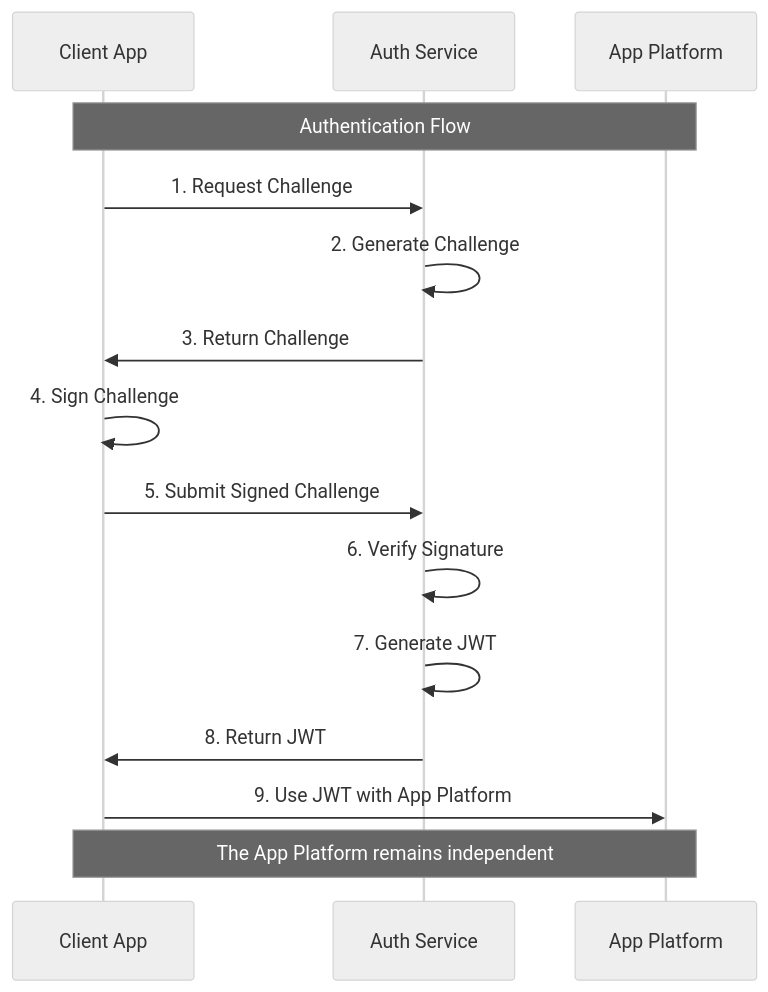
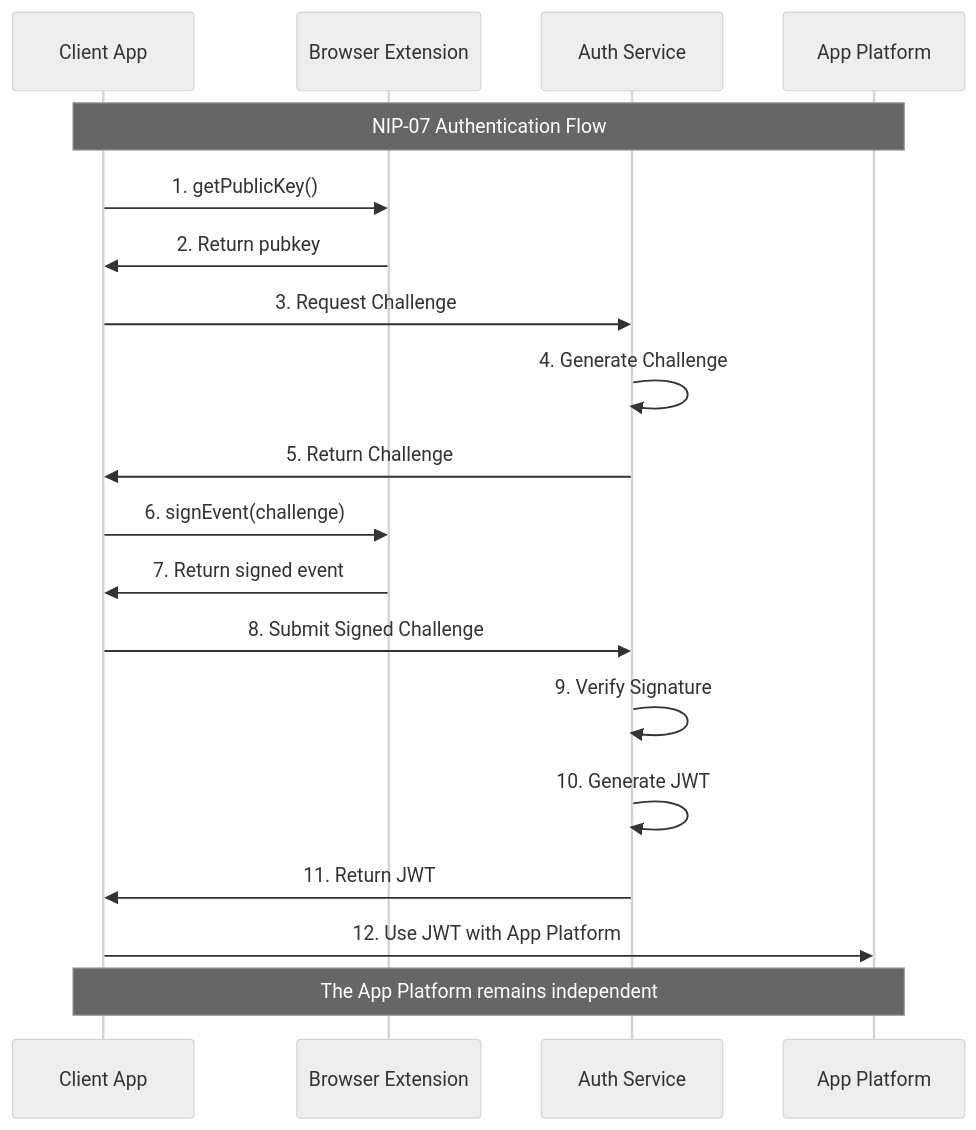
Before and after one commit to HumanjavaEnterprises/nostr-auth-middleware: the first of 3 diagrams in docs/authentication-flow.md, drawn with Mermaid (neutral theme). The commit also changed other lines of this file and 18 other files, not shown here.

````diff
--- a/docs/authentication-flow.md
+++ b/docs/authentication-flow.md
@@ -34,19 +39,23 @@
 ```mermaid
 sequenceDiagram
     participant C as Client App
+    participant E as Browser Extension
     participant A as Auth Service
     participant P as App Platform
 
-    Note over C,P: Authentication Flow
-    C->>A: 1. Request Challenge
-    A->>A: 2. Generate Challenge
-    A->>C: 3. Return Challenge
-    C->>C: 4. Sign Challenge
-    C->>A: 5. Submit Signed Challenge
-    A->>A: 6. Verify Signature
-    A->>A: 7. Generate JWT
-    A->>C: 8. Return JWT
-    C->>P: 9. Use JWT with App Platform
+    Note over C,P: NIP-07 Authentication Flow
+    C->>E: 1. getPublicKey()
+    E->>C: 2. Return pubkey
+    C->>A: 3. Request Challenge
+    A->>A: 4. Generate Challenge
+    A->>C: 5. Return Challenge
+    C->>E: 6. signEvent(challenge)
+    E->>C: 7. Return signed event
+    C->>A: 8. Submit Signed Challenge
+    A->>A: 9. Verify Signature
+    A->>A: 10. Generate JWT
+    A->>C: 11. Return JWT
+    C->>P: 12. Use JWT with App Platform
 
     Note over C,P: The App Platform remains independent
 ```
````
